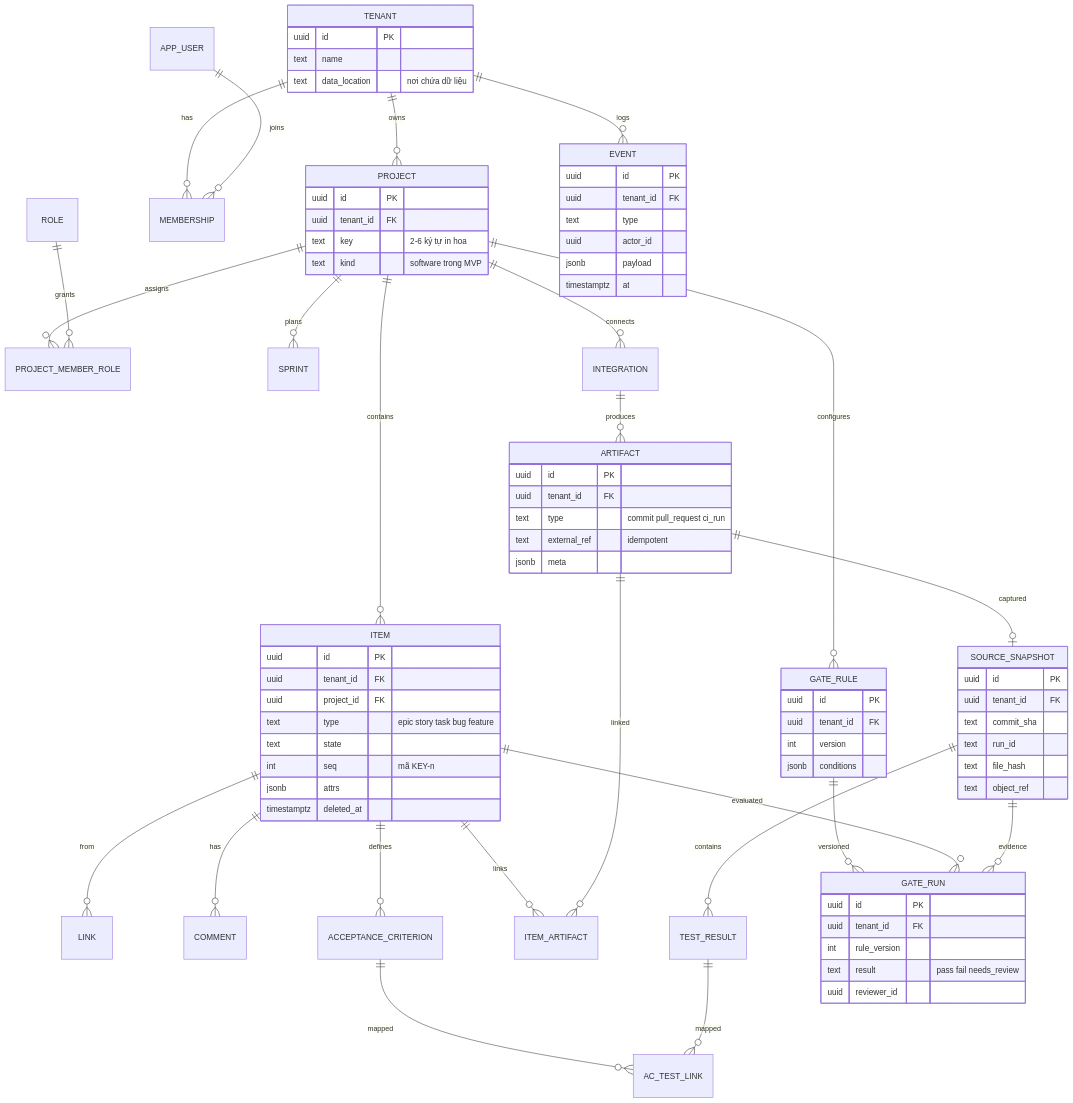
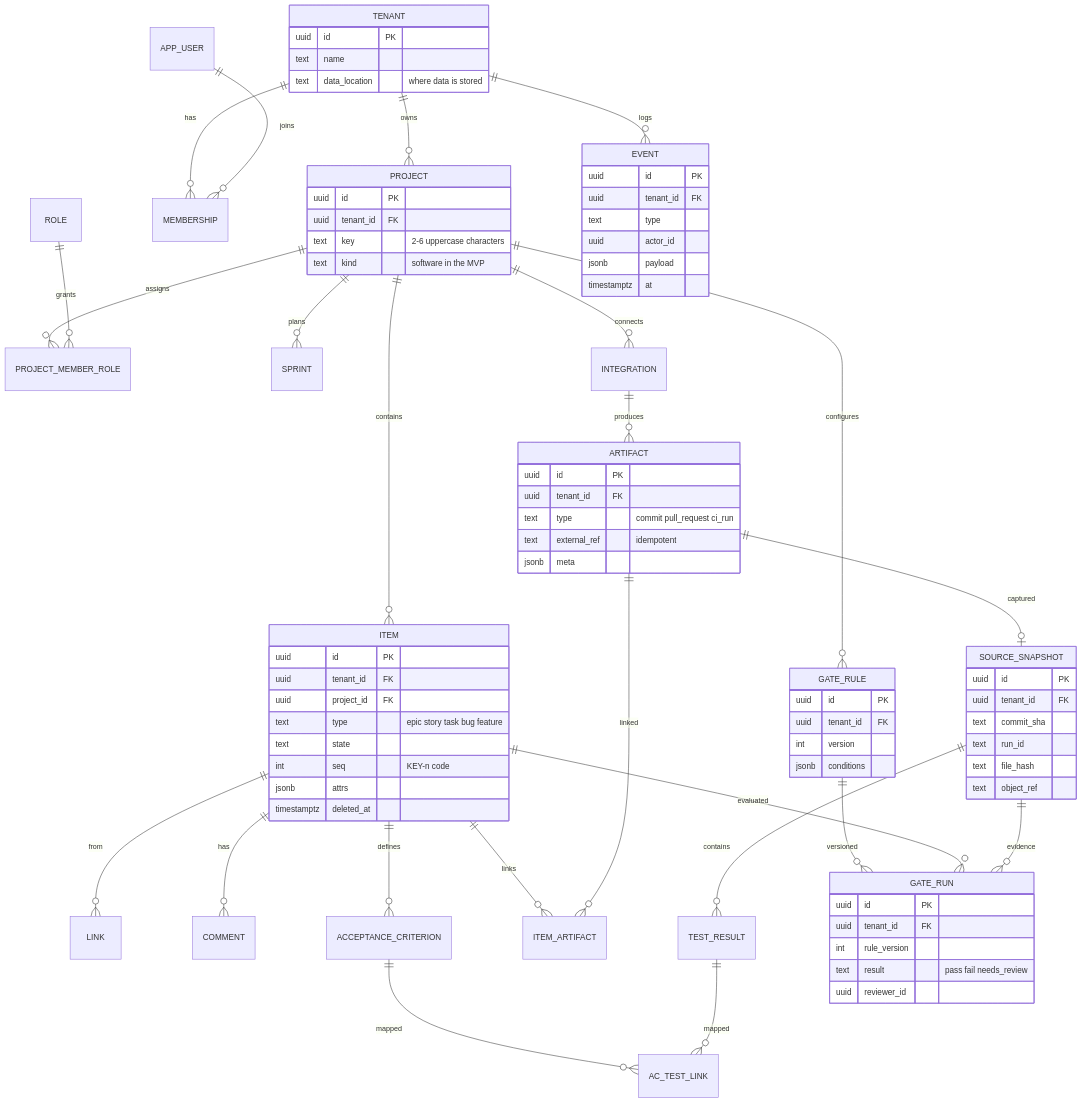
Diagram 14 of 21 in README.md (tungld9999blacksmith/Strata), drawn with Mermaid before and after one commit. The commit also changed other lines of this file and 13 other files, not shown here.

```diff
--- a/README.md
+++ b/README.md
@@ -878,13 +878,13 @@
     TENANT {
         uuid id PK
         text name
-        text data_location "nơi chứa dữ liệu"
+        text data_location "where data is stored"
     }
     PROJECT {
         uuid id PK
         uuid tenant_id FK
-        text key "2-6 ký tự in hoa"
-        text kind "software trong MVP"
+        text key "2-6 uppercase characters"
+        text kind "software in the MVP"
     }
     ITEM {
         uuid id PK
@@ -892,7 +892,7 @@
         uuid project_id FK
         text type "epic story task bug feature"
         text state
-        int seq "mã KEY-n"
+        int seq "KEY-n code"
         jsonb attrs
         timestamptz deleted_at
     }
```
